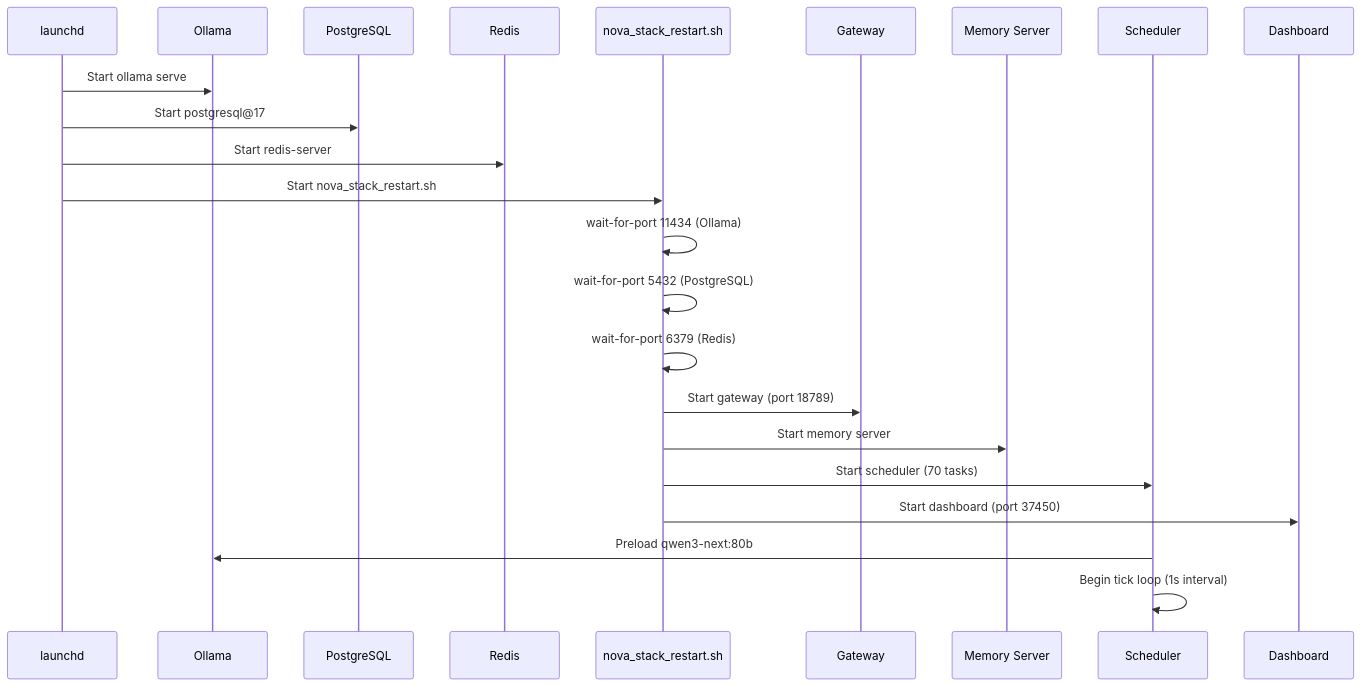
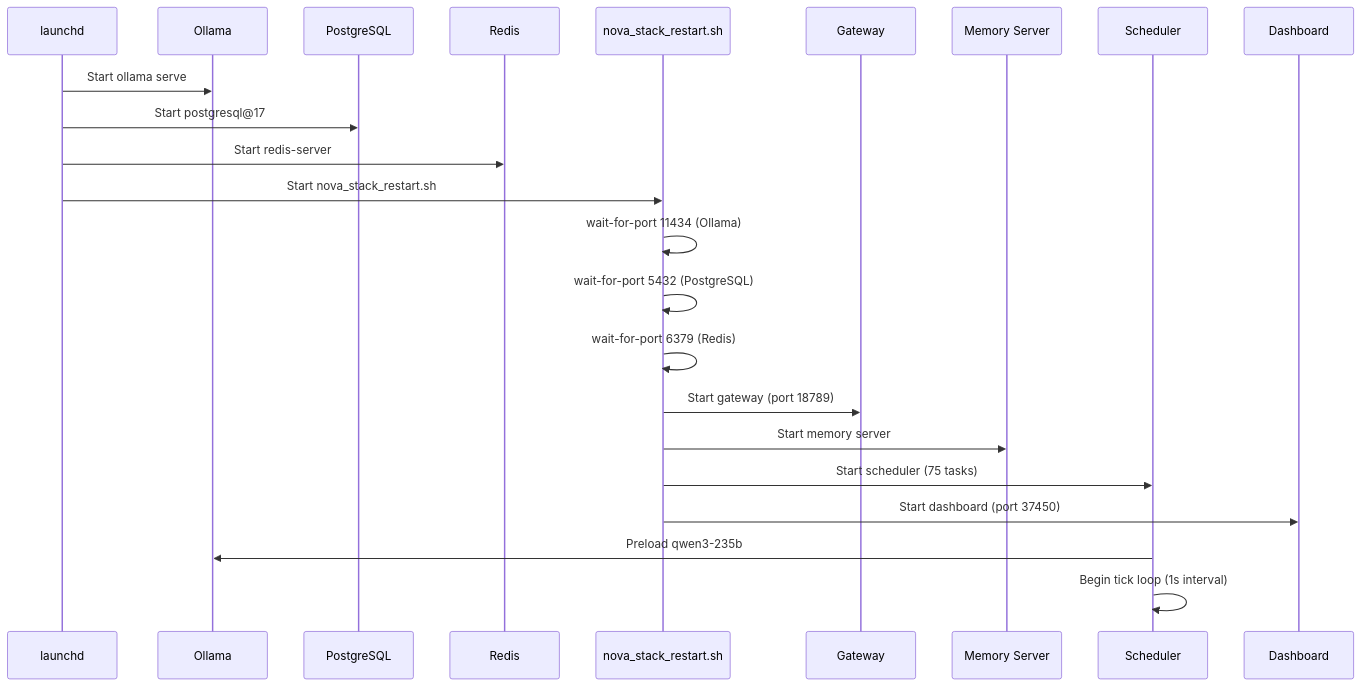
One commit to kochj23/nova changed the third of 9 diagrams in README.md. Above: the diagram before and after it, drawn with Mermaid. The commit also changed other lines of this file and 21 other files, not shown here.

First line of the commit message:
docs: Complete README rewrite — multi-agent architecture, 5 image models, 14 knowledge crawlers, art corner

````diff
--- a/README.md
+++ b/README.md
@@ -258,26 +386,26 @@
 ```mermaid
 sequenceDiagram
     participant launchd
     participant Ollama
     participant PG as PostgreSQL
     participant Redis
     participant Stack as nova_stack_restart.sh
     participant GW as Gateway
     participant Mem as Memory Server
     participant Sched as Scheduler
     participant Dash as Dashboard
 
     launchd->>Ollama: Start ollama serve
     launchd->>PG: Start postgresql@17
     launchd->>Redis: Start redis-server
     launchd->>Stack: Start nova_stack_restart.sh
     Stack->>Stack: wait-for-port 11434 (Ollama)
     Stack->>Stack: wait-for-port 5432 (PostgreSQL)
     Stack->>Stack: wait-for-port 6379 (Redis)
     Stack->>GW: Start gateway (port 18789)
     Stack->>Mem: Start memory server
-    Stack->>Sched: Start scheduler (70 tasks)
+    Stack->>Sched: Start scheduler (75 tasks)
     Stack->>Dash: Start dashboard (port 37450)
-    Sched->>Ollama: Preload qwen3-next:80b
+    Sched->>Ollama: Preload qwen3-235b
     Sched->>Sched: Begin tick loop (1s interval)
 ```
````
